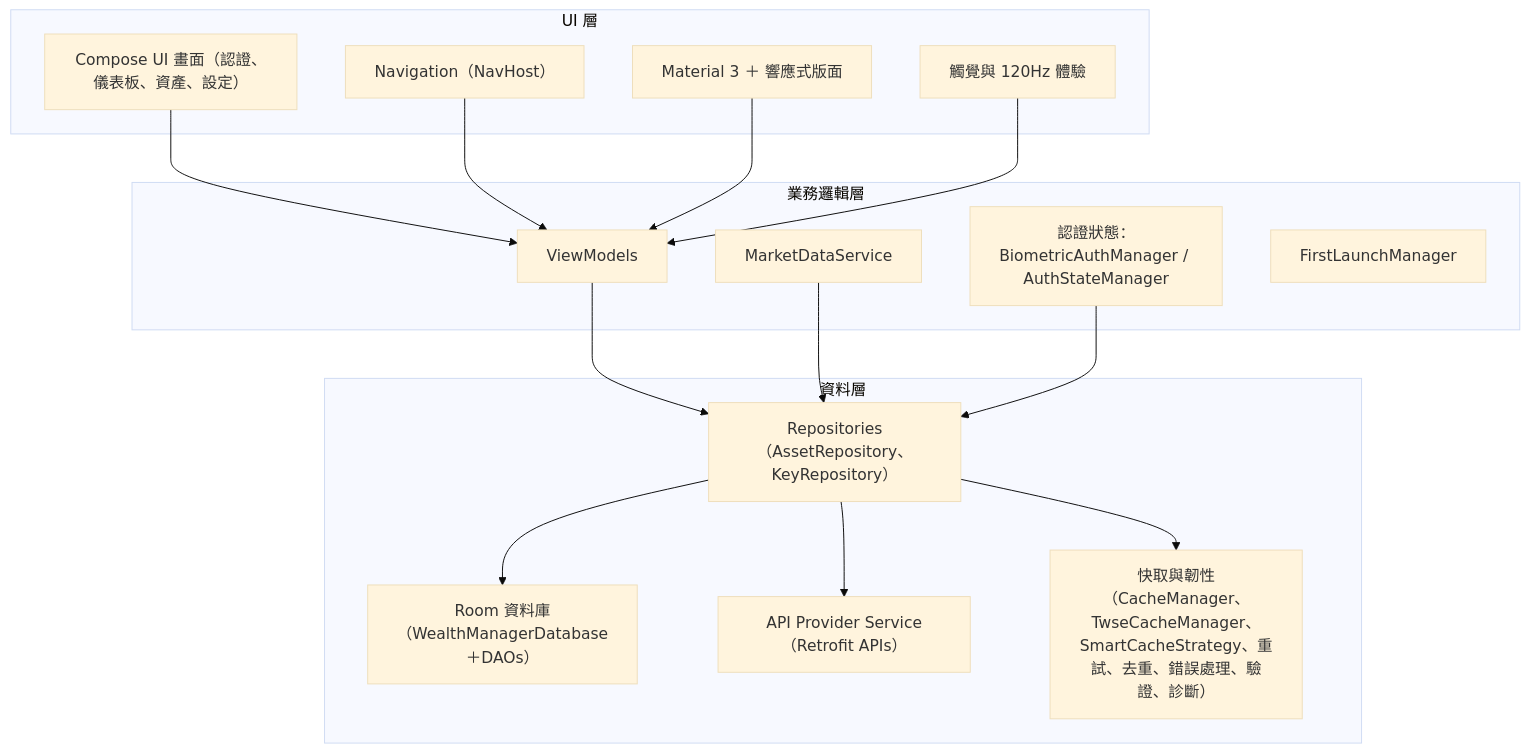
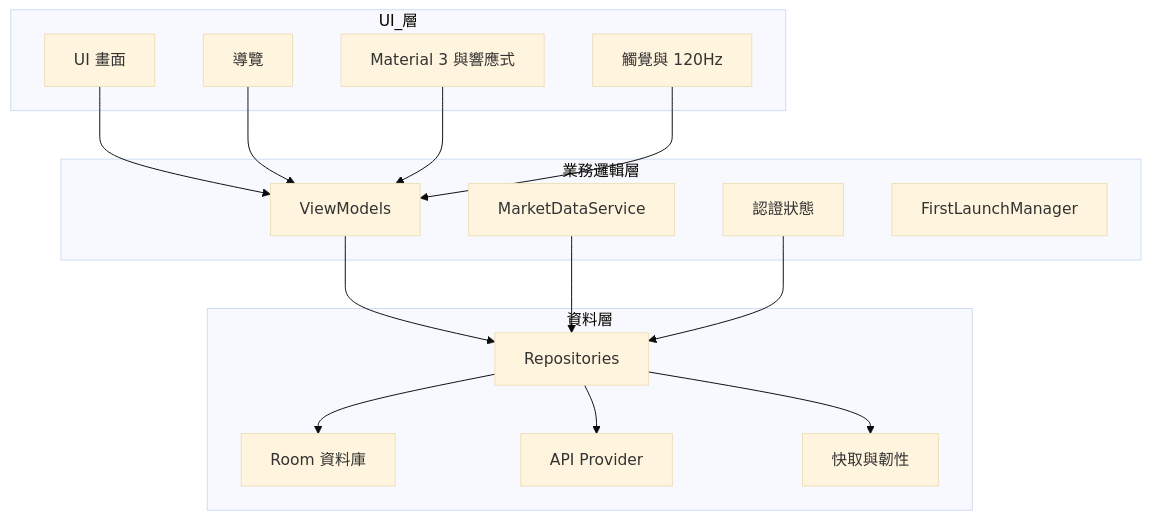
Before and after one commit to kuoyaoming/Wealth-Manager: the first of 4 diagrams in README_zh.md, drawn with Mermaid (base theme). The commit also changed other lines of this file and 1 other file, not shown here.

Commit message:
Refactor README diagrams for improved clarity and consistency
- Updated architecture diagrams in both English and Traditional Chinese README files to enhance clarity by simplifying component names and structures.
- Changed diagram syntax from "graph" to "flowchart" for better compatibility with rendering tools.
- Streamlined descriptions in the navigation graph to improve user understanding of the app's flow.

````diff
--- a/README_zh.md
+++ b/README_zh.md
@@ -108,36 +108,36 @@
 ```mermaid
-graph TB
-  subgraph "UI 層"
-    U1[Compose UI 畫面（認證、儀表板、資產、設定）]
-    U2[Navigation（NavHost）]
-    U3[Material 3 ＋ 響應式版面]
-    U4[觸覺與 120Hz 體驗]
+flowchart TB
+  subgraph UI_層
+    U1[UI 畫面]
+    U2[導覽]
+    U3[Material 3 與響應式]
+    U4[觸覺與 120Hz]
   end
 
-  subgraph "業務邏輯層"
+  subgraph 業務邏輯層
     B1[ViewModels]
     B2[MarketDataService]
-    B3[認證狀態：BiometricAuthManager / AuthStateManager]
+    B3[認證狀態]
     B4[FirstLaunchManager]
   end
 
-  subgraph "資料層"
-    D1[Repositories（AssetRepository、KeyRepository）]
-    D2[Room 資料庫（WealthManagerDatabase＋DAOs）]
-    D3[API Provider Service（Retrofit APIs）]
-    D4[快取與韌性（CacheManager、TwseCacheManager、SmartCacheStrategy、重試、去重、錯誤處理、驗證、診斷）]
+  subgraph 資料層
+    D1[Repositories]
+    D2[Room 資料庫]
+    D3[API Provider]
+    D4[快取與韌性]
   end
 
   U1 --> B1
   U2 --> B1
   U3 --> B1
   U4 --> B1
 
   B1 --> D1
   B2 --> D1
   B3 --> D1
 
   D1 --> D2
   D1 --> D3
   D1 --> D4
 ```
````
